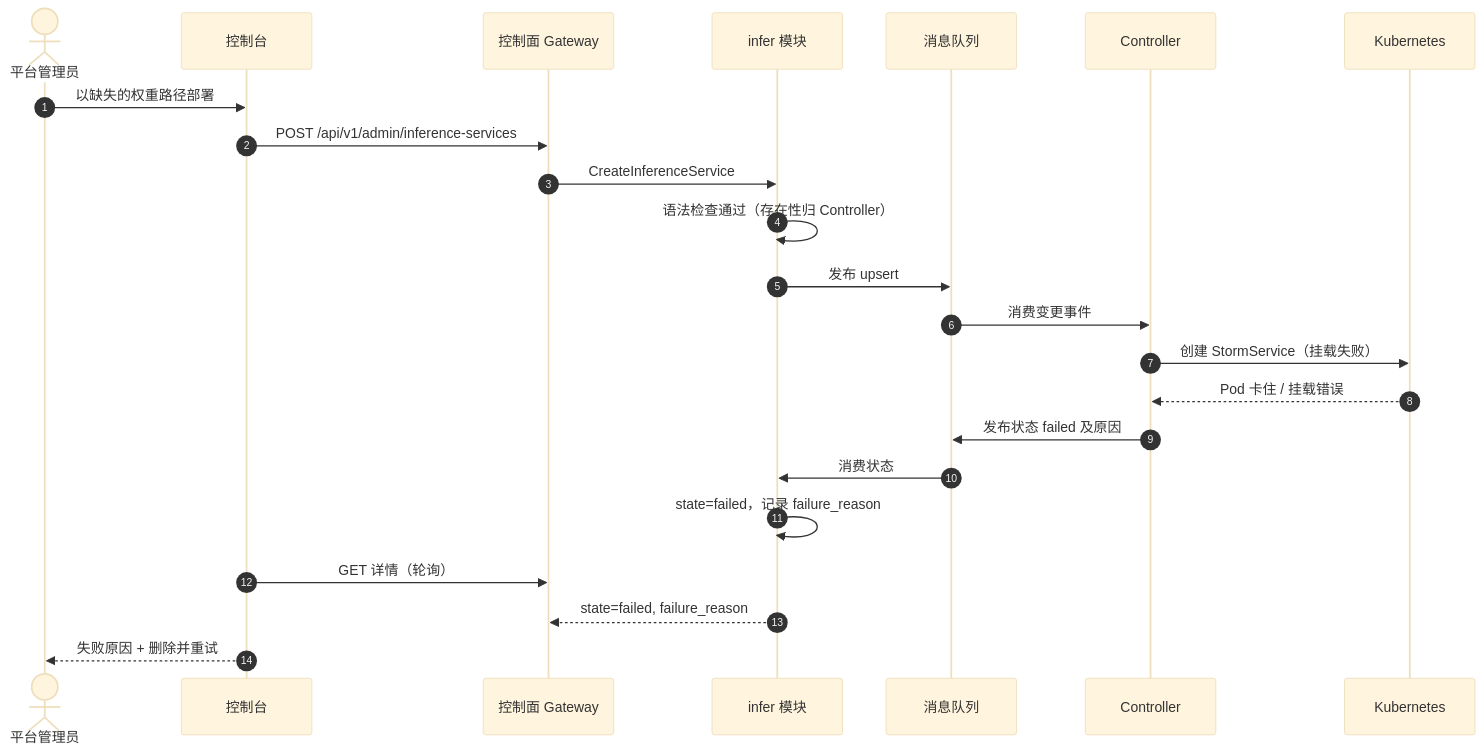
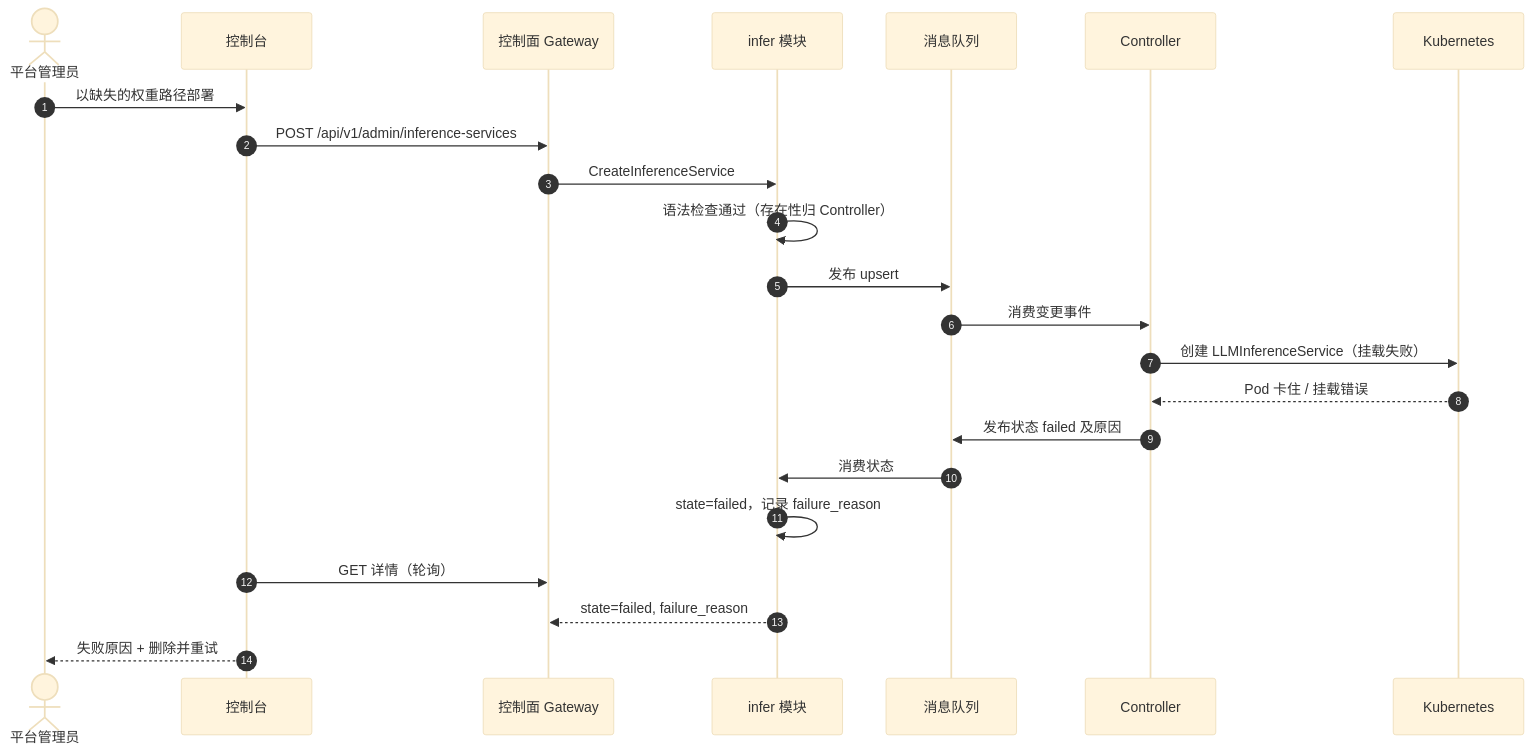
Before and after one commit to go-taas/go-taas: the fourth of 5 diagrams in site/docs/architecture/model-catalog-deployment.zh-cn.md, drawn with Mermaid (base theme). The commit also changed other lines of this file and 151 other files, not shown here.

````diff
--- a/site/docs/architecture/model-catalog-deployment.zh-cn.md
+++ b/site/docs/architecture/model-catalog-deployment.zh-cn.md
@@ -363,26 +363,26 @@
 ```mermaid
 sequenceDiagram
     autonumber
     actor Admin as 平台管理员
     participant Console as 控制台
     participant CGW as 控制面 Gateway
     participant Infer as infer 模块
     participant MQ as 消息队列
     participant CTRL as Controller
     participant K8s as Kubernetes
 
     Admin->>Console: 以缺失的权重路径部署
     Console->>CGW: POST /api/v1/admin/inference-services
     CGW->>Infer: CreateInferenceService
     Infer->>Infer: 语法检查通过（存在性归 Controller）
     Infer->>MQ: 发布 upsert
     MQ->>CTRL: 消费变更事件
-    CTRL->>K8s: 创建 StormService（挂载失败）
+    CTRL->>K8s: 创建 LLMInferenceService（挂载失败）
     K8s-->>CTRL: Pod 卡住 / 挂载错误
     CTRL->>MQ: 发布状态 failed 及原因
     MQ->>Infer: 消费状态
     Infer->>Infer: state=failed，记录 failure_reason
     Console->>CGW: GET 详情（轮询）
     Infer-->>CGW: state=failed, failure_reason
     Console-->>Admin: 失败原因 + 删除并重试
 ```
````
